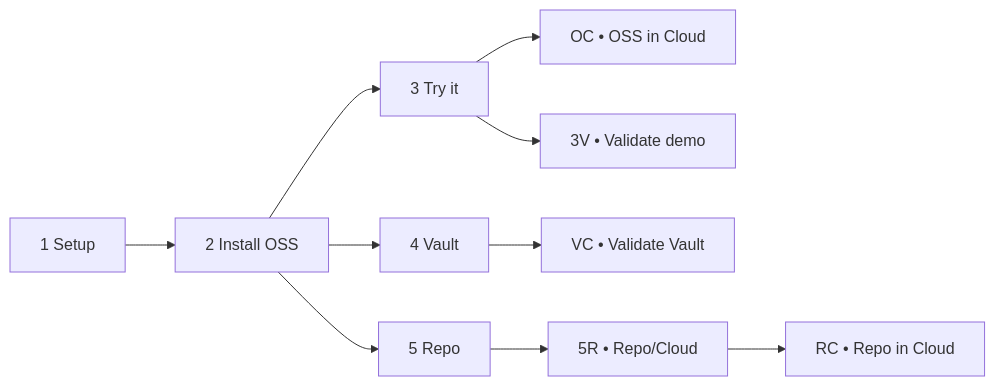
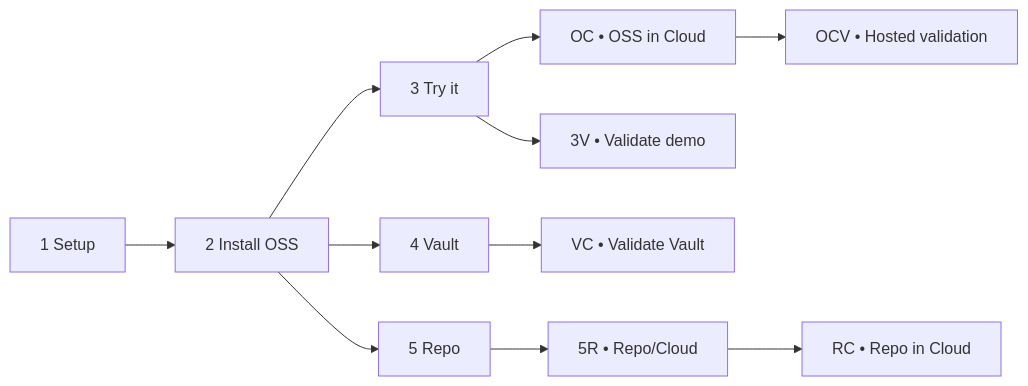
One commit to AgentDraven/merit-agent-skills changed the first of 2 diagrams in Merit-Hub/README.md. Above: the diagram before and after it, drawn with Mermaid. The commit also changed 6 other files, not shown here.

````diff
--- a/Merit-Hub/README.md
+++ b/Merit-Hub/README.md
@@ -40,8 +40,9 @@
 ```mermaid
 flowchart LR
   S["1 Setup"] --> I["2 Install OSS"] --> T["3 Try it"]
   T --> OC["OC • OSS in Cloud"]
+  OC --> OCV["OCV • Hosted validation"]
   T --> V3["3V • Validate demo"]
   I --> VA["4 Vault"] --> VC["VC • Validate Vault"]
   I --> R["5 Repo"] --> R5["5R • Repo/Cloud"] --> RC["RC • Repo in Cloud"]
 ```
````
